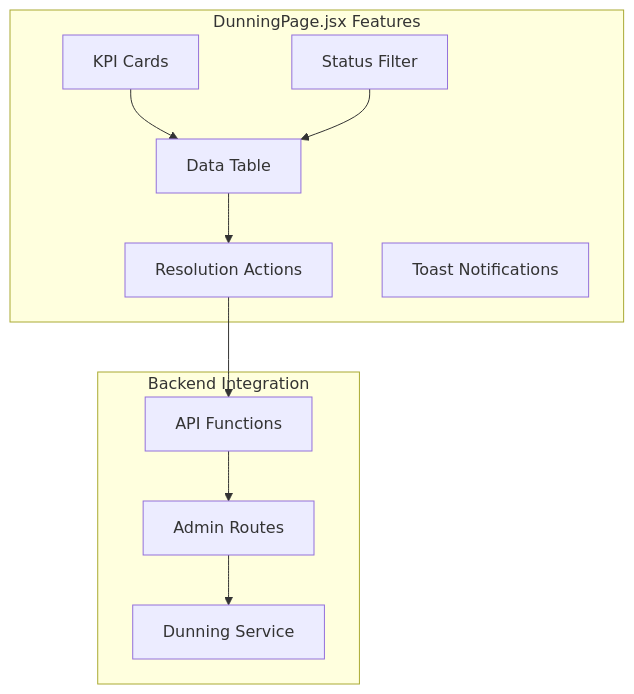
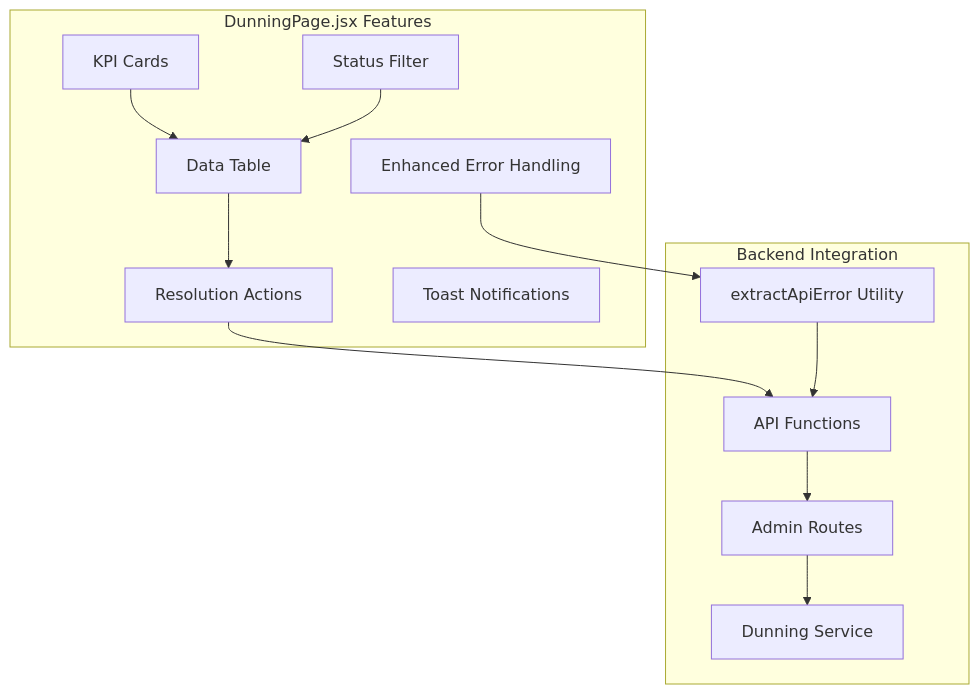
One commit to Revanththetalogics/aireume changed the fifth of 7 diagrams in .qoder/repowiki/en/content/Frontend Architecture/Dunning Management.md. Above: the diagram before and after it, drawn with Mermaid. The commit also changed other lines of this file and 9 other files, not shown here.

````diff
--- a/.qoder/repowiki/en/content/Frontend Architecture/Dunning Management.md
+++ b/.qoder/repowiki/en/content/Frontend Architecture/Dunning Management.md
@@ -286,21 +296,25 @@
 ```mermaid
 graph TB
 subgraph "DunningPage.jsx Features"
 KPI[KPI Cards]
 Filter[Status Filter]
 Table[Data Table]
 Actions[Resolution Actions]
+ErrorHandling[Enhanced Error Handling]
 Notifications[Toast Notifications]
 end
 subgraph "Backend Integration"
 API[API Functions]
 AdminAPI[Admin Routes]
 DunningService[Dunning Service]
+ExtractApiError[extractApiError Utility]
 end
 KPI --> Table
 Filter --> Table
 Table --> Actions
 Actions --> API
 API --> AdminAPI
 AdminAPI --> DunningService
+ErrorHandling --> ExtractApiError
+ExtractApiError --> API
 ```
````
